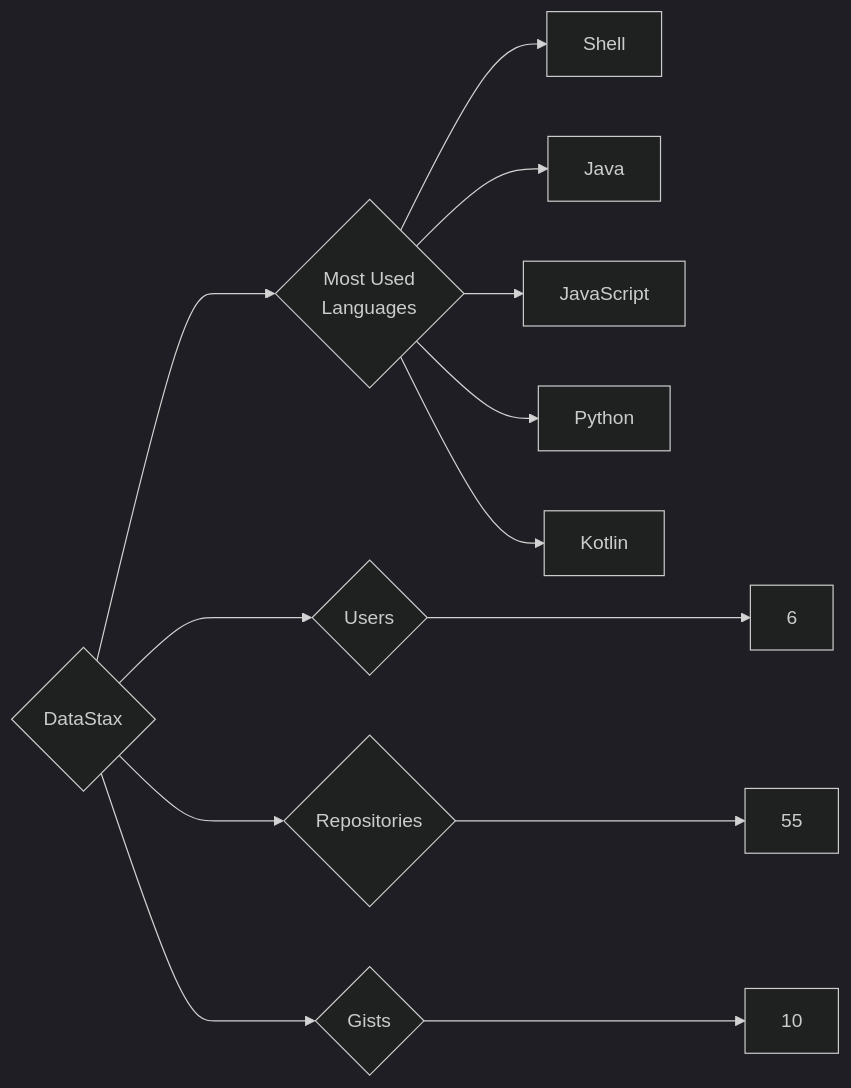
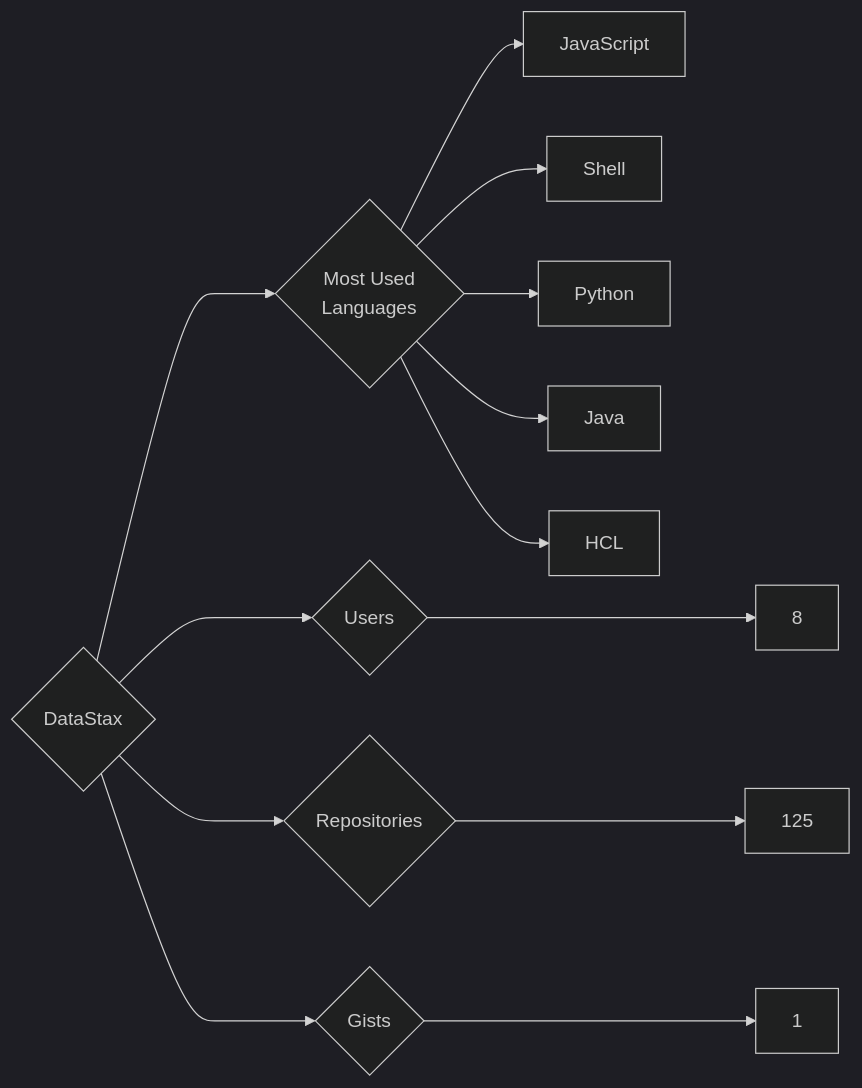
The diagram in targets/DataStax/README.md (trickest/insiders), drawn with Mermaid (dark theme) before and after one commit. The commit also changed 933 other files, not shown here.

````diff
--- a/targets/DataStax/README.md
+++ b/targets/DataStax/README.md
@@ -3,13 +3,13 @@
 ```mermaid
 graph LR
 COMPANY_NAME{DataStax}
-COMPANY_NAME ---> U{Users} ---> UN[6]
-COMPANY_NAME ---> R{Repositories} ---> RN[55]
-COMPANY_NAME ---> G{Gists} ---> GN[10]
+COMPANY_NAME ---> U{Users} ---> UN[8]
+COMPANY_NAME ---> R{Repositories} ---> RN[125]
+COMPANY_NAME ---> G{Gists} ---> GN[1]
 COMPANY_NAME ---> ML{Most Used<br>Languages}
+ML --> JavaScript[JavaScript]
 ML --> Shell[Shell]
+ML --> Python[Python]
 ML --> Java[Java]
-ML --> JavaScript[JavaScript]
-ML --> Python[Python]
-ML --> Kotlin[Kotlin]
+ML --> HCL[HCL]
 ```
````
